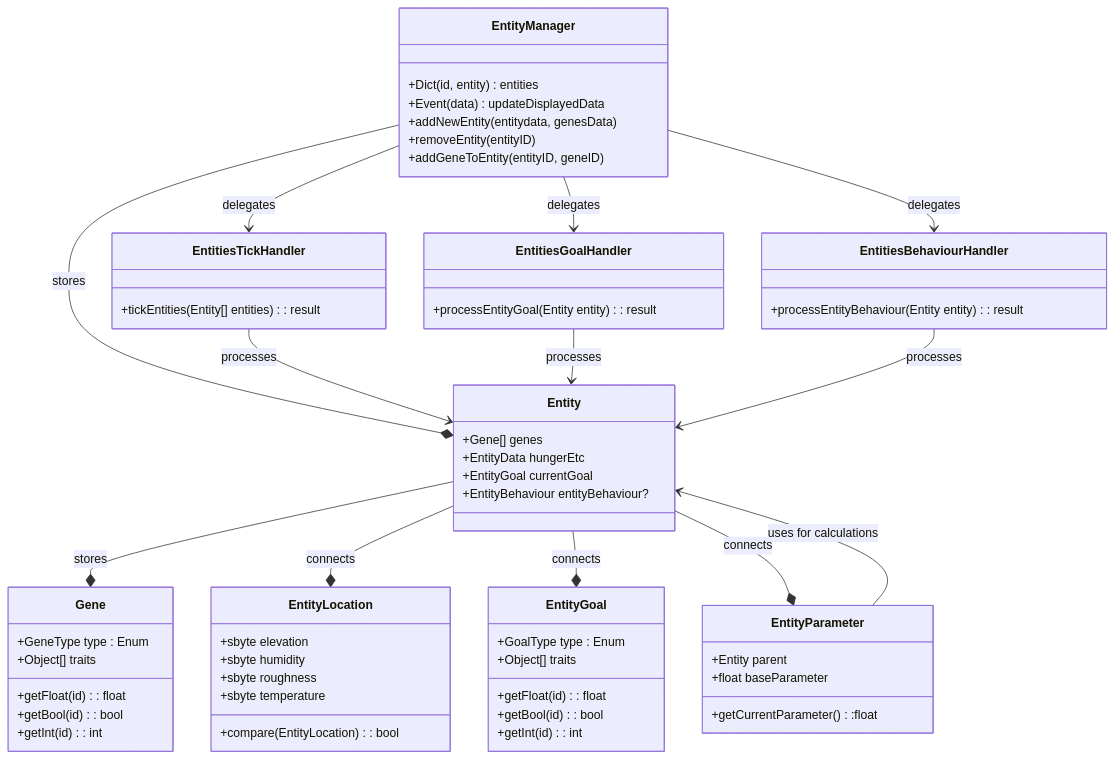
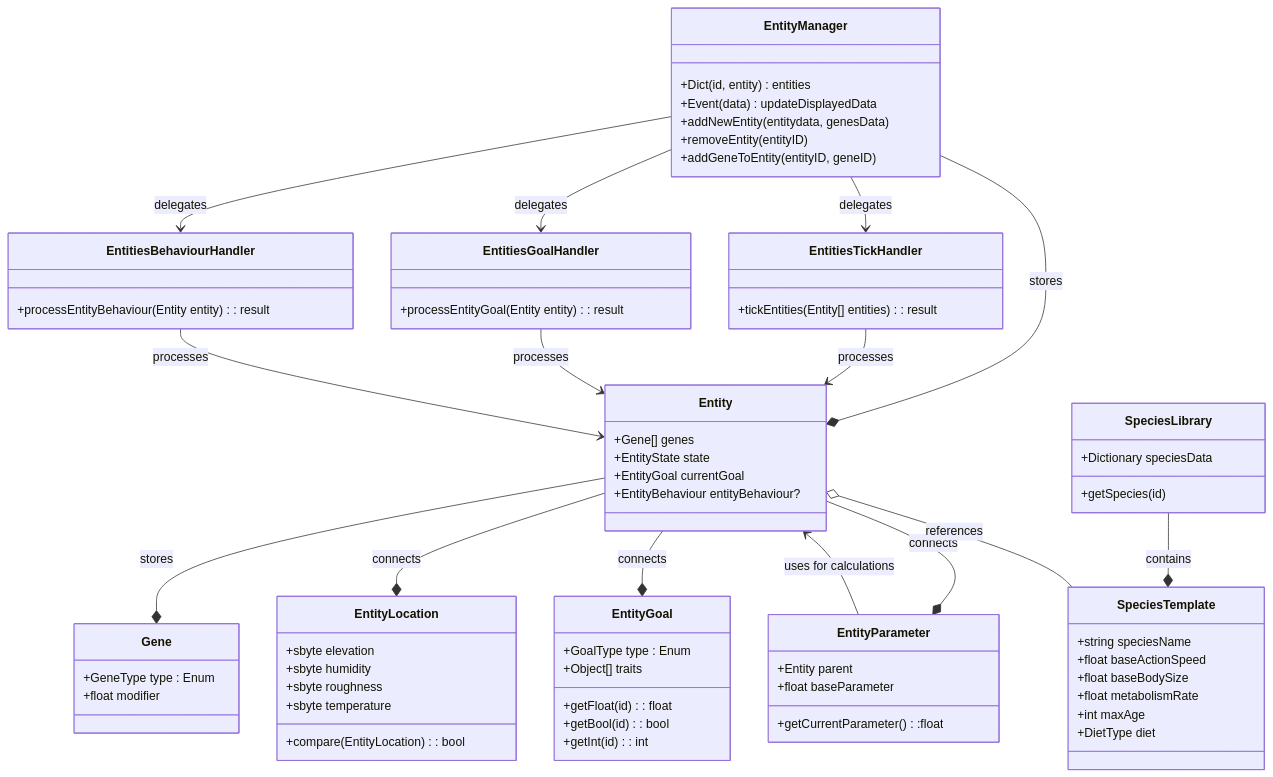
The third of 5 diagrams in TDD/TDD_Animals.md (Mephris/Wilder), drawn with Mermaid before and after one commit. The commit also changed other lines of this file and 1 other file, not shown here.

````diff
--- a/TDD/TDD_Animals.md
+++ b/TDD/TDD_Animals.md
@@ -68,18 +66,14 @@
 
 class Entity{
 	+Gene[] genes
-	+EntityData hungerEtc
+	+EntityState state
 	+EntityGoal currentGoal
 	+EntityBehaviour entityBehaviour?
 }
 
 class Gene{
 	+GeneType type : Enum
-	+Object[] traits
-	
-	+getFloat(id) : float
-	+getBool(id) : bool
-	+getInt(id) : int
+	+float modifier
 }
 
 class EntityLocation {
@@ -107,6 +101,22 @@
 	+getCurrentParameter():float
 }
 
+
+class SpeciesTemplate {
+    +string speciesName
+    +float baseActionSpeed
+    +float baseBodySize
+    +float metabolismRate
+    +int maxAge
+    +DietType diet
+}
+
+class SpeciesLibrary {
+    +Dictionary speciesData
+    +getSpecies(id)
+}
+
+
 EntityManager --* Entity : stores
 EntityManager --> EntitiesGoalHandler : delegates
 EntityManager --> EntitiesTickHandler : delegates
@@ -119,4 +129,6 @@
 Entity --* EntityGoal : connects
 Entity --* EntityParameter : connects
 EntityParameter -->  Entity : uses for calculations
+SpeciesLibrary --* SpeciesTemplate : contains
+Entity o-- SpeciesTemplate : references
 ```
````
